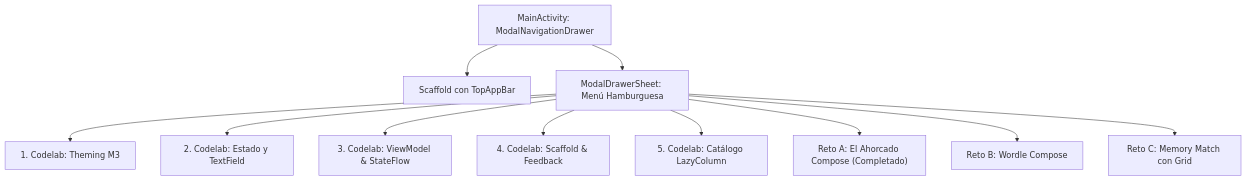
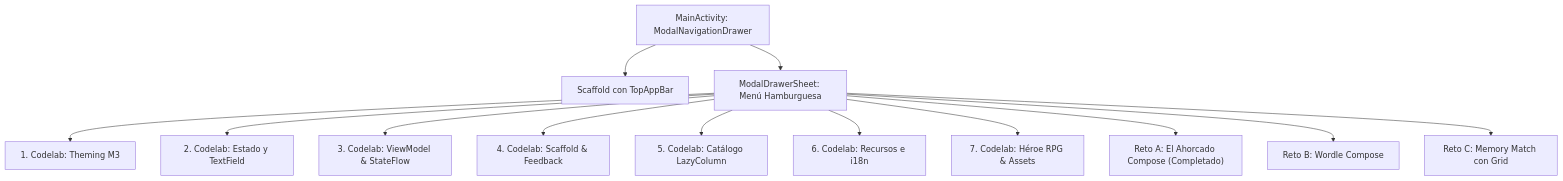
Before and after one commit to jssdocente/pmdm2627d: the diagram in docs/temas/03/3.6-laboratorio-retos.md, drawn with Mermaid. The commit also changed other lines of this file and 16 other files, not shown here.

Commit message:
feat(ut03): anadir Codelab 6 (recursos e i18n) y Codelab 7 (ficha de heroe RPG y assets dinamicos)

````diff
--- a/docs/temas/03/3.6-laboratorio-retos.md
+++ b/docs/temas/03/3.6-laboratorio-retos.md
@@ -104,15 +104,17 @@
 ```mermaid
 graph TD
     M[MainActivity: ModalNavigationDrawer] --> S[Scaffold con TopAppBar]
     M --> D[ModalDrawerSheet: Menú Hamburguesa]
 
     D --> C1["1. Codelab: Theming M3"]
     D --> C2["2. Codelab: Estado y TextField"]
     D --> C3["3. Codelab: ViewModel & StateFlow"]
     D --> C4["4. Codelab: Scaffold & Feedback"]
     D --> C5["5. Codelab: Catálogo LazyColumn"]
+    D --> C6["6. Codelab: Recursos e i18n"]
+    D --> C7["7. Codelab: Héroe RPG & Assets"]
 
     D --> R1["Reto A: El Ahorcado Compose (Completado)"]
     D --> R2["Reto B: Wordle Compose"]
     D --> R3["Reto C: Memory Match con Grid"]
 ```
````
